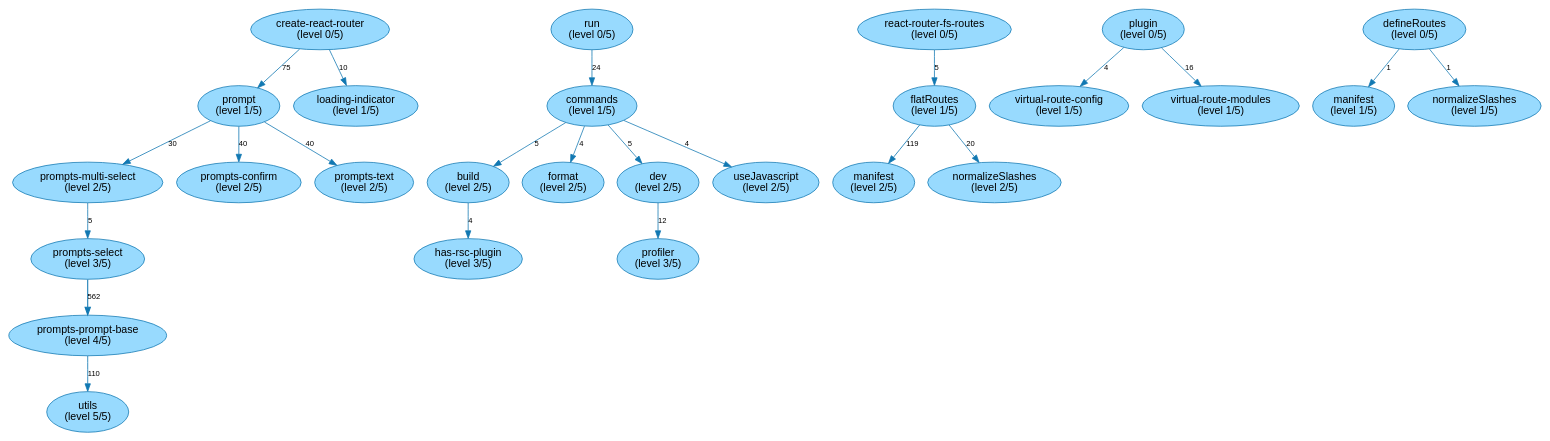
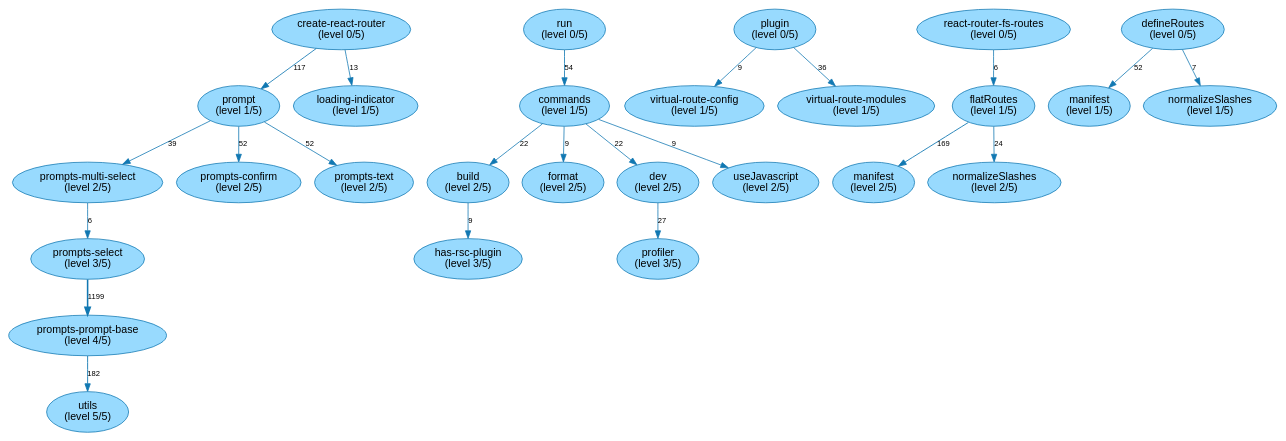
The diagram in analysis-results/react-router/latest/path-finding-visualization/TypeScriptModuleLongestPathsIsolated.gv (JohT/code-graph-analysis-examples), drawn with Graphviz before and after one commit. The commit also changed 411 other files, not shown here.

```diff
--- a/analysis-results/react-router/latest/path-finding-visualization/TypeScriptModuleLongestPathsIsolated.gv
+++ b/analysis-results/react-router/latest/path-finding-visualization/TypeScriptModuleLongestPathsIsolated.gv
@@ -1,91 +1,91 @@
 // This GraphViz dot file was generated by the script convertQueryResultCsvToGraphVizDotFile.sh with default.template
 
 strict digraph TypeScriptModuleLongestPathsIsolated {
     fontname = "Helvetica,Arial,sans-serif";
     node [fontname = "Helvetica,Arial,sans-serif";];
     edge [fontname = "Helvetica,Arial,sans-serif"; fontsize = 10;];
     node [style = filled; fillcolor = "0.560 0.400 0.999";];
     node [color = "0.560 0.900 0.700";];
     edge [color = "0.560 0.900 0.700";];
-	"create-react-router\n(level 0/5)" -> "prompt\n(level 1/5)" [label=75; penwidth=1.05; ];
-	"prompt\n(level 1/5)" -> "prompts-multi-select\n(level 2/5)" [label=30; penwidth=1.02; ];
-	"prompts-multi-select\n(level 2/5)" -> "prompts-select\n(level 3/5)" [label=5; penwidth=1.0; ];
-	"prompts-select\n(level 3/5)" -> "prompts-prompt-base\n(level 4/5)" [label=562; penwidth=1.38; ];
-	"prompts-prompt-base\n(level 4/5)" -> "utils\n(level 5/5)" [label=110; penwidth=1.08; ];
-	"create-react-router\n(level 0/5)" -> "prompt\n(level 1/5)" [label=75; penwidth=1.05; ];
-	"prompt\n(level 1/5)" -> "prompts-multi-select\n(level 2/5)" [label=30; penwidth=1.02; ];
-	"prompts-multi-select\n(level 2/5)" -> "prompts-select\n(level 3/5)" [label=5; penwidth=1.0; ];
-	"prompts-select\n(level 3/5)" -> "prompts-prompt-base\n(level 4/5)" [label=562; penwidth=1.38; ];
-	"create-react-router\n(level 0/5)" -> "prompt\n(level 1/5)" [label=75; penwidth=1.05; ];
-	"prompt\n(level 1/5)" -> "prompts-multi-select\n(level 2/5)" [label=30; penwidth=1.02; ];
-	"prompts-multi-select\n(level 2/5)" -> "prompts-select\n(level 3/5)" [label=5; penwidth=1.0; ];
-	"run\n(level 0/5)" -> "commands\n(level 1/5)" [label=24; penwidth=1.02; ];
-	"commands\n(level 1/5)" -> "build\n(level 2/5)" [label=5; penwidth=1.0; ];
+	"create-react-router\n(level 0/5)" -> "prompt\n(level 1/5)" [label=117; penwidth=1.1; ];
+	"prompt\n(level 1/5)" -> "prompts-multi-select\n(level 2/5)" [label=39; penwidth=1.03; ];
+	"prompts-multi-select\n(level 2/5)" -> "prompts-select\n(level 3/5)" [label=6; penwidth=1.01; ];
+	"prompts-select\n(level 3/5)" -> "prompts-prompt-base\n(level 4/5)" [label=1199; penwidth=2.03; ];
+	"prompts-prompt-base\n(level 4/5)" -> "utils\n(level 5/5)" [label=182; penwidth=1.16; ];
+	"create-react-router\n(level 0/5)" -> "prompt\n(level 1/5)" [label=117; penwidth=1.1; ];
+	"prompt\n(level 1/5)" -> "prompts-multi-select\n(level 2/5)" [label=39; penwidth=1.03; ];
+	"prompts-multi-select\n(level 2/5)" -> "prompts-select\n(level 3/5)" [label=6; penwidth=1.01; ];
+	"prompts-select\n(level 3/5)" -> "prompts-prompt-base\n(level 4/5)" [label=1199; penwidth=2.03; ];
+	"create-react-router\n(level 0/5)" -> "prompt\n(level 1/5)" [label=117; penwidth=1.1; ];
+	"prompt\n(level 1/5)" -> "prompts-multi-select\n(level 2/5)" [label=39; penwidth=1.03; ];
+	"prompts-multi-select\n(level 2/5)" -> "prompts-select\n(level 3/5)" [label=6; penwidth=1.01; ];
+	"run\n(level 0/5)" -> "commands\n(level 1/5)" [label=54; penwidth=1.05; ];
+	"commands\n(level 1/5)" -> "build\n(level 2/5)" [label=22; penwidth=1.02; ];
 	
-	"run\n(level 0/5)" -> "commands\n(level 1/5)" [label=24; penwidth=1.02; ];
-	"commands\n(level 1/5)" -> "format\n(level 2/5)" [label=4; penwidth=1.0; ];
+	"run\n(level 0/5)" -> "commands\n(level 1/5)" [label=54; penwidth=1.05; ];
+	"commands\n(level 1/5)" -> "format\n(level 2/5)" [label=9; penwidth=1.01; ];
 	
-	"run\n(level 0/5)" -> "commands\n(level 1/5)" [label=24; penwidth=1.02; ];
-	"commands\n(level 1/5)" -> "build\n(level 2/5)" [label=5; penwidth=1.0; ];
-	"build\n(level 2/5)" -> "has-rsc-plugin\n(level 3/5)" [label=4; penwidth=1.0; ];
-	"run\n(level 0/5)" -> "commands\n(level 1/5)" [label=24; penwidth=1.02; ];
-	"commands\n(level 1/5)" -> "build\n(level 2/5)" [label=5; penwidth=1.0; ];
+	"run\n(level 0/5)" -> "commands\n(level 1/5)" [label=54; penwidth=1.05; ];
+	"commands\n(level 1/5)" -> "build\n(level 2/5)" [label=22; penwidth=1.02; ];
+	"build\n(level 2/5)" -> "has-rsc-plugin\n(level 3/5)" [label=9; penwidth=1.01; ];
+	"run\n(level 0/5)" -> "commands\n(level 1/5)" [label=54; penwidth=1.05; ];
+	"commands\n(level 1/5)" -> "build\n(level 2/5)" [label=22; penwidth=1.02; ];
 	
-	"run\n(level 0/5)" -> "commands\n(level 1/5)" [label=24; penwidth=1.02; ];
-	"commands\n(level 1/5)" -> "dev\n(level 2/5)" [label=5; penwidth=1.0; ];
-	"dev\n(level 2/5)" -> "profiler\n(level 3/5)" [label=12; penwidth=1.01; ];
-	"run\n(level 0/5)" -> "commands\n(level 1/5)" [label=24; penwidth=1.02; ];
-	"commands\n(level 1/5)" -> "dev\n(level 2/5)" [label=5; penwidth=1.0; ];
+	"run\n(level 0/5)" -> "commands\n(level 1/5)" [label=54; penwidth=1.05; ];
+	"commands\n(level 1/5)" -> "dev\n(level 2/5)" [label=22; penwidth=1.02; ];
+	"dev\n(level 2/5)" -> "profiler\n(level 3/5)" [label=27; penwidth=1.02; ];
+	"run\n(level 0/5)" -> "commands\n(level 1/5)" [label=54; penwidth=1.05; ];
+	"commands\n(level 1/5)" -> "dev\n(level 2/5)" [label=22; penwidth=1.02; ];
 	
-	"create-react-router\n(level 0/5)" -> "prompt\n(level 1/5)" [label=75; penwidth=1.05; ];
-	"prompt\n(level 1/5)" -> "prompts-confirm\n(level 2/5)" [label=40; penwidth=1.03; ];
-	"create-react-router\n(level 0/5)" -> "prompt\n(level 1/5)" [label=75; penwidth=1.05; ];
-	"prompt\n(level 1/5)" -> "prompts-multi-select\n(level 2/5)" [label=30; penwidth=1.02; ];
-	"create-react-router\n(level 0/5)" -> "prompt\n(level 1/5)" [label=75; penwidth=1.05; ];
-	"prompt\n(level 1/5)" -> "prompts-text\n(level 2/5)" [label=40; penwidth=1.03; ];
-	"react-router-fs-routes\n(level 0/5)" -> "flatRoutes\n(level 1/5)" [label=5; penwidth=1.0; ];
-	"flatRoutes\n(level 1/5)" -> "manifest\n(level 2/5)" [label=119; penwidth=1.08; ];
-	"react-router-fs-routes\n(level 0/5)" -> "flatRoutes\n(level 1/5)" [label=5; penwidth=1.0; ];
-	"flatRoutes\n(level 1/5)" -> "normalizeSlashes\n(level 2/5)" [label=20; penwidth=1.01; ];
-	"plugin\n(level 0/5)" -> "virtual-route-config\n(level 1/5)" [label=4; penwidth=1.0; ];
+	"create-react-router\n(level 0/5)" -> "prompt\n(level 1/5)" [label=117; penwidth=1.1; ];
+	"prompt\n(level 1/5)" -> "prompts-confirm\n(level 2/5)" [label=52; penwidth=1.04; ];
+	"create-react-router\n(level 0/5)" -> "prompt\n(level 1/5)" [label=117; penwidth=1.1; ];
+	"prompt\n(level 1/5)" -> "prompts-multi-select\n(level 2/5)" [label=39; penwidth=1.03; ];
+	"create-react-router\n(level 0/5)" -> "prompt\n(level 1/5)" [label=117; penwidth=1.1; ];
+	"prompt\n(level 1/5)" -> "prompts-text\n(level 2/5)" [label=52; penwidth=1.04; ];
+	"plugin\n(level 0/5)" -> "virtual-route-config\n(level 1/5)" [label=9; penwidth=1.01; ];
 	
-	"run\n(level 0/5)" -> "commands\n(level 1/5)" [label=24; penwidth=1.02; ];
-	"commands\n(level 1/5)" -> "useJavascript\n(level 2/5)" [label=4; penwidth=1.0; ];
-	"run\n(level 0/5)" -> "commands\n(level 1/5)" [label=24; penwidth=1.02; ];
-	"commands\n(level 1/5)" -> "format\n(level 2/5)" [label=4; penwidth=1.0; ];
-	"run\n(level 0/5)" -> "commands\n(level 1/5)" [label=24; penwidth=1.02; ];
+	"run\n(level 0/5)" -> "commands\n(level 1/5)" [label=54; penwidth=1.05; ];
+	"commands\n(level 1/5)" -> "useJavascript\n(level 2/5)" [label=9; penwidth=1.01; ];
+	"run\n(level 0/5)" -> "commands\n(level 1/5)" [label=54; penwidth=1.05; ];
+	"commands\n(level 1/5)" -> "format\n(level 2/5)" [label=9; penwidth=1.01; ];
+	"run\n(level 0/5)" -> "commands\n(level 1/5)" [label=54; penwidth=1.05; ];
 	
-	"plugin\n(level 0/5)" -> "virtual-route-modules\n(level 1/5)" [label=16; penwidth=1.01; ];
+	"plugin\n(level 0/5)" -> "virtual-route-modules\n(level 1/5)" [label=36; penwidth=1.03; ];
 	
-	"run\n(level 0/5)" -> "commands\n(level 1/5)" [label=24; penwidth=1.02; ];
-	"commands\n(level 1/5)" -> "build\n(level 2/5)" [label=5; penwidth=1.0; ];
-	"run\n(level 0/5)" -> "commands\n(level 1/5)" [label=24; penwidth=1.02; ];
-	"commands\n(level 1/5)" -> "dev\n(level 2/5)" [label=5; penwidth=1.0; ];
-	"plugin\n(level 0/5)" -> "virtual-route-modules\n(level 1/5)" [label=16; penwidth=1.01; ];
+	"run\n(level 0/5)" -> "commands\n(level 1/5)" [label=54; penwidth=1.05; ];
+	"commands\n(level 1/5)" -> "build\n(level 2/5)" [label=22; penwidth=1.02; ];
+	"run\n(level 0/5)" -> "commands\n(level 1/5)" [label=54; penwidth=1.05; ];
+	"commands\n(level 1/5)" -> "dev\n(level 2/5)" [label=22; penwidth=1.02; ];
+	"plugin\n(level 0/5)" -> "virtual-route-modules\n(level 1/5)" [label=36; penwidth=1.03; ];
 	
-	"create-react-router\n(level 0/5)" -> "loading-indicator\n(level 1/5)" [label=10; penwidth=1.01; ];
-	"create-react-router\n(level 0/5)" -> "prompt\n(level 1/5)" [label=75; penwidth=1.05; ];
+	"react-router-fs-routes\n(level 0/5)" -> "flatRoutes\n(level 1/5)" [label=6; penwidth=1.01; ];
+	"flatRoutes\n(level 1/5)" -> "manifest\n(level 2/5)" [label=169; penwidth=1.15; ];
+	"react-router-fs-routes\n(level 0/5)" -> "flatRoutes\n(level 1/5)" [label=6; penwidth=1.01; ];
+	"flatRoutes\n(level 1/5)" -> "normalizeSlashes\n(level 2/5)" [label=24; penwidth=1.02; ];
+	"create-react-router\n(level 0/5)" -> "loading-indicator\n(level 1/5)" [label=13; penwidth=1.01; ];
+	"create-react-router\n(level 0/5)" -> "prompt\n(level 1/5)" [label=117; penwidth=1.1; ];
+	"run\n(level 0/5)" -> "commands\n(level 1/5)" [label=54; penwidth=1.05; ];
+	
+	
+	
+	
+	
+	
+	
+	"plugin\n(level 0/5)" -> "virtual-route-config\n(level 1/5)" [label=9; penwidth=1.01; ];
+	"plugin\n(level 0/5)" -> "virtual-route-modules\n(level 1/5)" [label=36; penwidth=1.03; ];
+	"defineRoutes\n(level 0/5)" -> "manifest\n(level 1/5)" [label=52; penwidth=1.04; ];
+	"defineRoutes\n(level 0/5)" -> "normalizeSlashes\n(level 1/5)" [label=7; penwidth=1.01; ];
+	"react-router-fs-routes\n(level 0/5)" -> "flatRoutes\n(level 1/5)" [label=6; penwidth=1.01; ];
 	
 	
 	
 	
 	
 	
 	
 	
 	
 	
-	"react-router-fs-routes\n(level 0/5)" -> "flatRoutes\n(level 1/5)" [label=5; penwidth=1.0; ];
-	"run\n(level 0/5)" -> "commands\n(level 1/5)" [label=24; penwidth=1.02; ];
-	
-	
-	
-	
-	
-	
-	
-	"plugin\n(level 0/5)" -> "virtual-route-config\n(level 1/5)" [label=4; penwidth=1.0; ];
-	"plugin\n(level 0/5)" -> "virtual-route-modules\n(level 1/5)" [label=16; penwidth=1.01; ];
-	"defineRoutes\n(level 0/5)" -> "manifest\n(level 1/5)" [label=1; penwidth=1.0; ];
-	"defineRoutes\n(level 0/5)" -> "normalizeSlashes\n(level 1/5)" [label=1; penwidth=1.0; ];
 }
```
